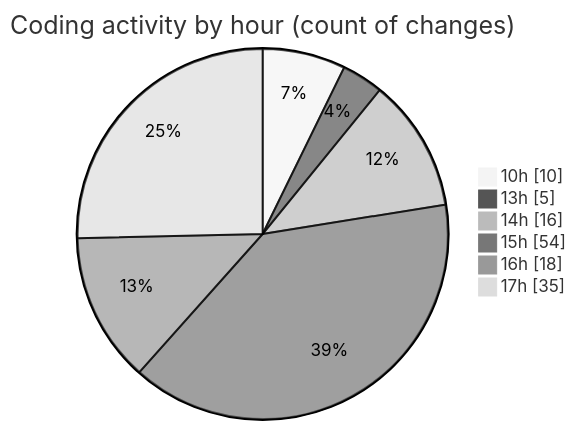
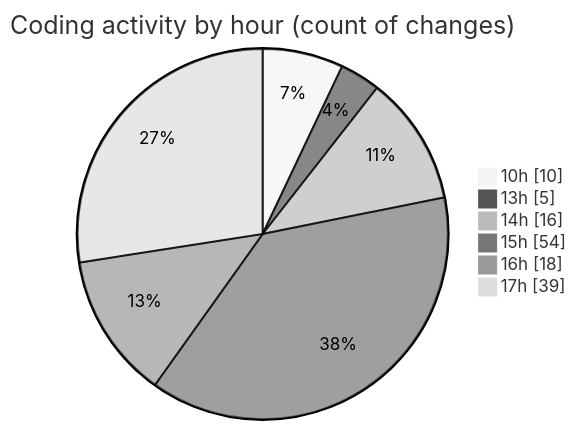
Before and after one commit to nxtqubesakshisongat/code-tracking: the second of 2 diagrams in 2025-07-30/nxtqube_webapp/README.md, drawn with Mermaid (neutral theme). The commit also changed other lines of this file and 1 other file, not shown here.

````diff
--- a/2025-07-30/nxtqube_webapp/README.md
+++ b/2025-07-30/nxtqube_webapp/README.md
@@ -40,10 +41,10 @@
 ```mermaid
 pie showData
 title Coding activity by hour (count of changes)
 "10h" : 10
 "13h" : 5
 "14h" : 16
 "15h" : 54
 "16h" : 18
-"17h" : 35
+"17h" : 39
 ```
````
